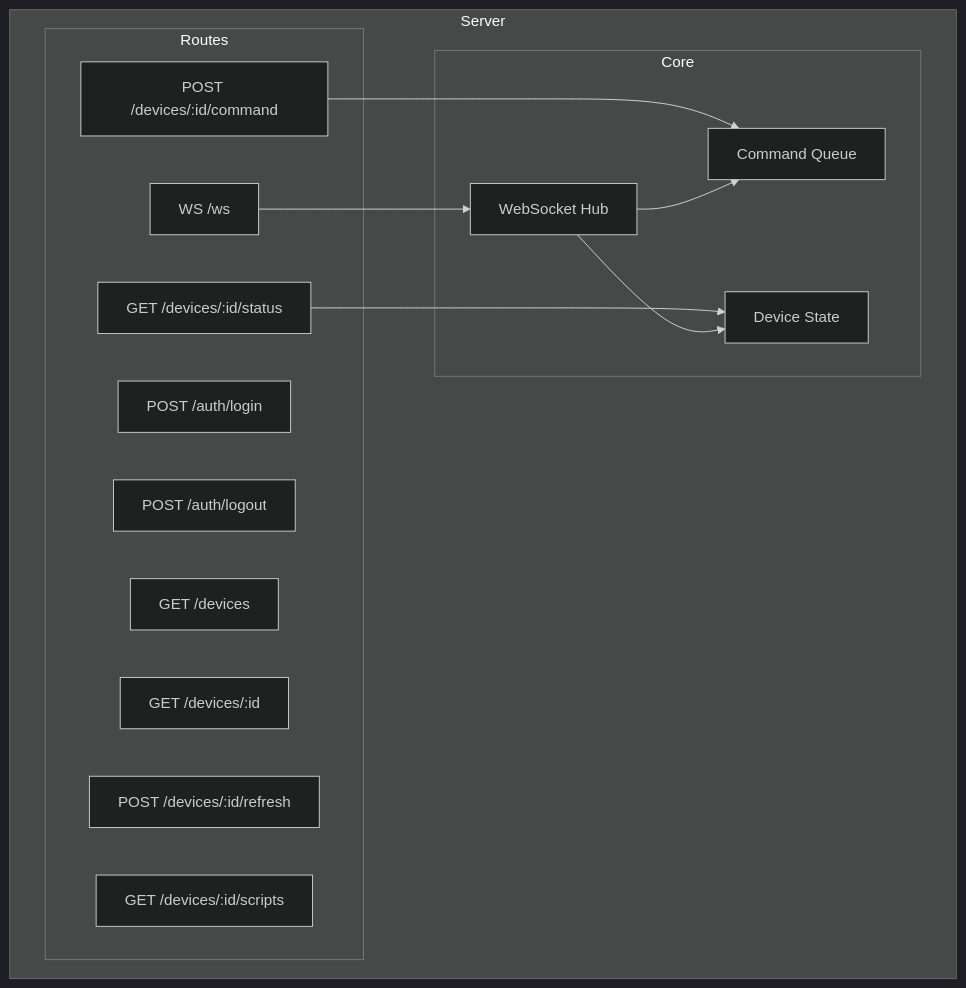
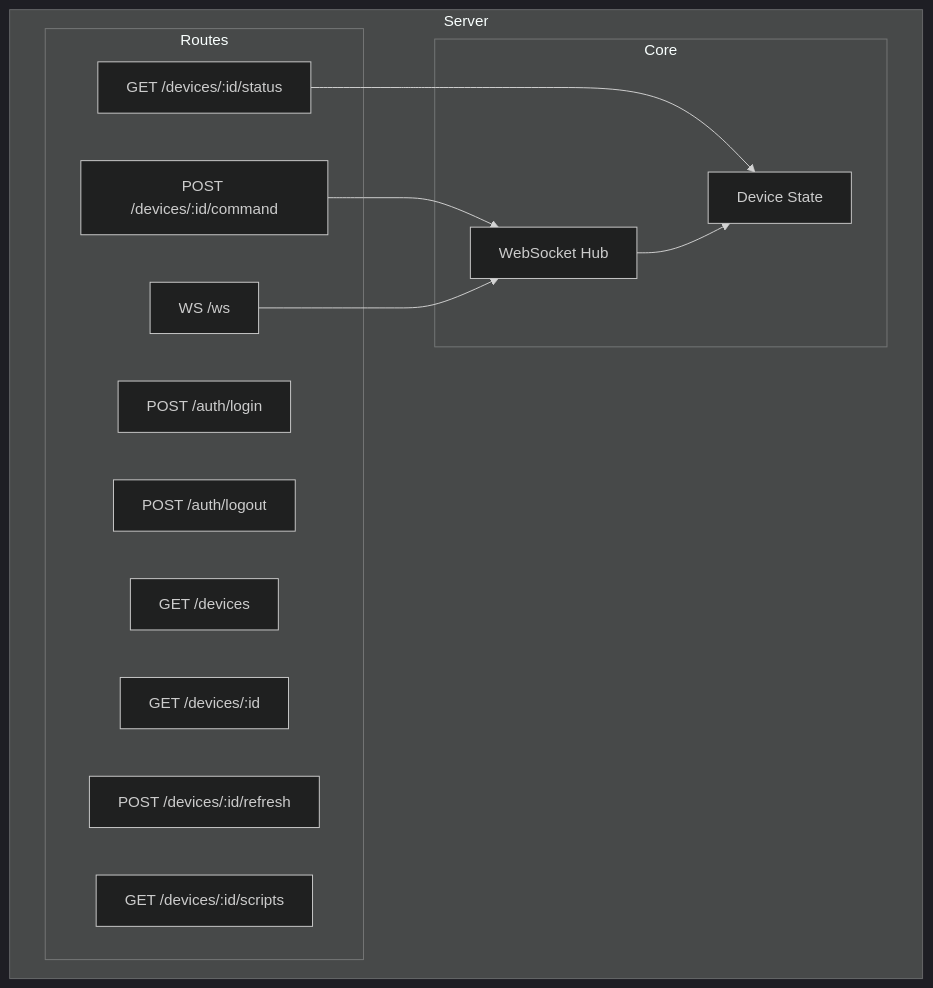
One commit to confect1ondev/Collar changed the third of 8 diagrams in docs/ARCHITECTURE.md. Above: the diagram before and after it, drawn with Mermaid (dark theme). The commit also changed other lines of this file and 3 other files, not shown here.

Commit message:
Remove command queue.

````diff
--- a/docs/ARCHITECTURE.md
+++ b/docs/ARCHITECTURE.md
@@ -82,28 +82,26 @@
 ```mermaid
 flowchart TB
     subgraph Server
         subgraph Routes
             R1[POST /auth/login]
             R1b[POST /auth/logout]
             R2[GET /devices]
             R2b[GET /devices/:id]
             R3[POST /devices/:id/command]
             R4[GET /devices/:id/status]
             R4b[POST /devices/:id/refresh]
             R4c[GET /devices/:id/scripts]
             R5[WS /ws]
         end
 
         subgraph Core
             Hub[WebSocket Hub]
             State[Device State]
-            Queue[Command Queue]
         end
 
-        R3 --> Queue
+        R3 --> Hub
         R4 --> State
         R5 --> Hub
         Hub --> State
-        Hub --> Queue
     end
 ```
````
